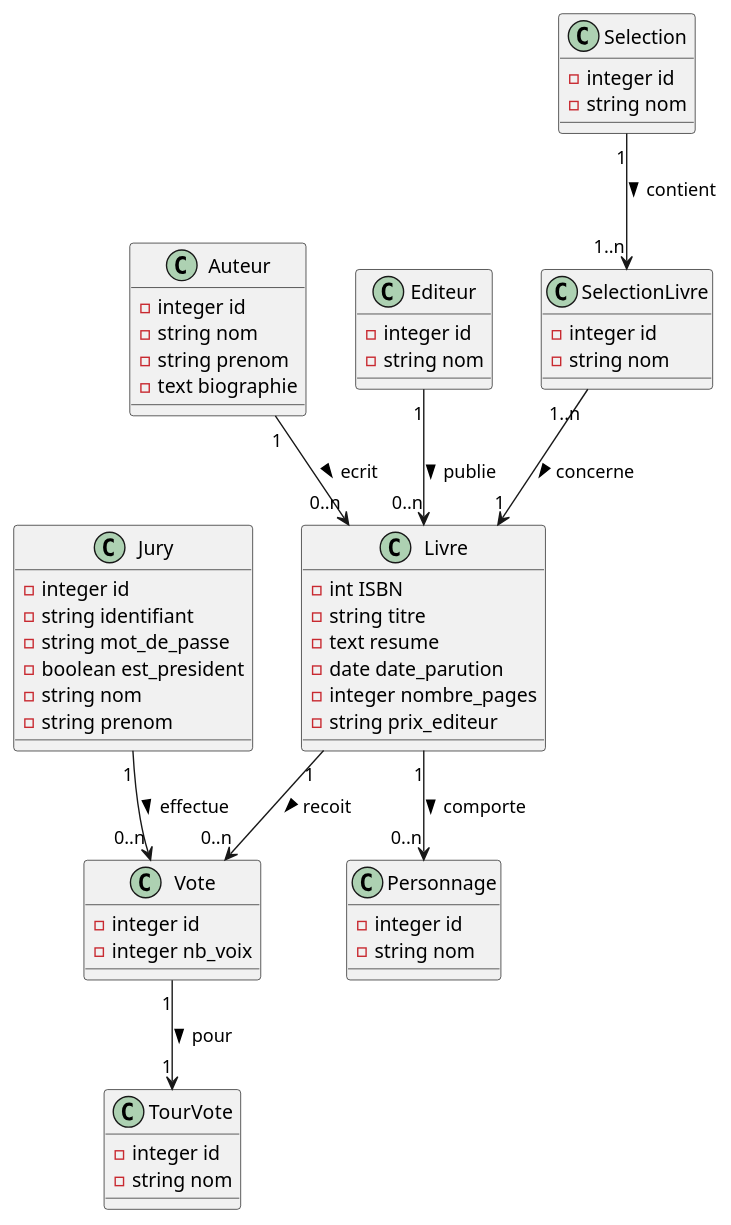
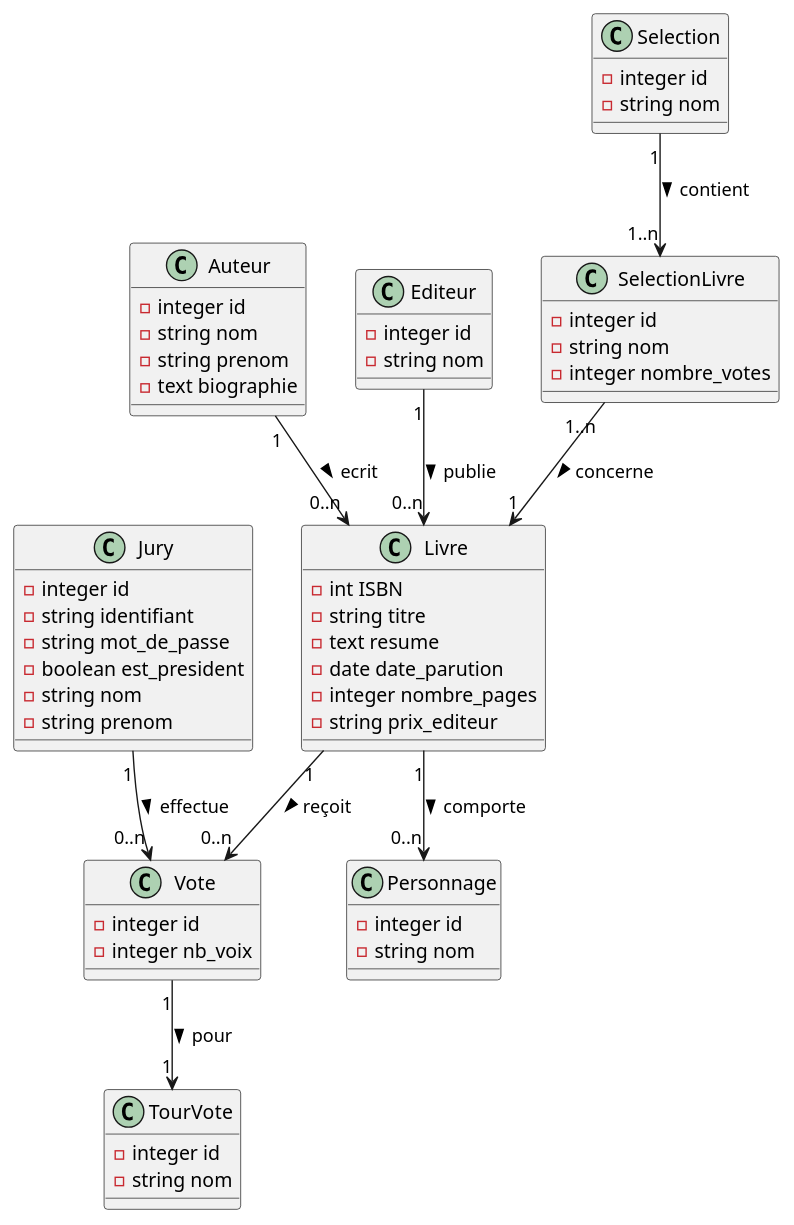
One commit to DucasseRafael91/Goncourt changed the diagram in doc/uml/2-class/goncourt-class.puml. Above: the diagram before and after it, drawn with PlantUML. The commit also changed 2 other files, not shown here.

Commit message:
Ajout d'un nouveau champ nombre_votes dans la table SelectionLivre

```diff
--- a/doc/uml/2-class/goncourt-class.puml
+++ b/doc/uml/2-class/goncourt-class.puml
@@ -1,77 +1,78 @@
 @startuml Goncourt
 
 class Livre
 {
     -int ISBN
     -string titre
     -text resume
     -date date_parution
     -integer nombre_pages
     -string prix_editeur
 }
 
 class Auteur
 {
     -integer id
     -string nom
     -string prenom
     -text biographie
 }
 
 class Editeur
 {
     -integer id
     -string nom
 }
 
 class Personnage
 {
     -integer id
     -string nom
 }
 
 class Jury
 {
     -integer id
     -string identifiant
     -string mot_de_passe
     -boolean est_president
     -string nom
     -string prenom
 }
 
 class TourVote
 {
     -integer id
     -string nom
 }
 
 class Vote
 {
     -integer id
     -integer nb_voix
 }
 
 class Selection
 {
     -integer id
     -string nom
 }
 
 class SelectionLivre
 {
     -integer id
     -string nom
+    -integer nombre_votes
 }
 
 Auteur "1" --> "0..n" Livre : ecrit >
 Editeur "1" --> "0..n" Livre : publie >
 Livre "1" --> "0..n" Personnage : comporte >
-Livre "1" --> "0..n" Vote : recoit >
+Livre "1" --> "0..n" Vote : reçoit >
 
 Jury "1" --> "0..n" Vote : effectue >
 Vote "1" --> "1" TourVote : pour >
 Selection "1" --> "1..n" SelectionLivre : contient >
 SelectionLivre "1..n" --> "1" Livre : concerne >
 
 @enduml
```
